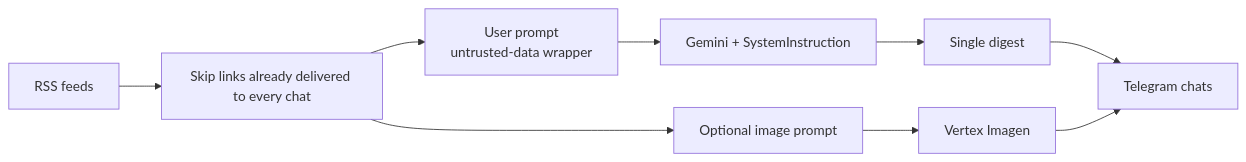
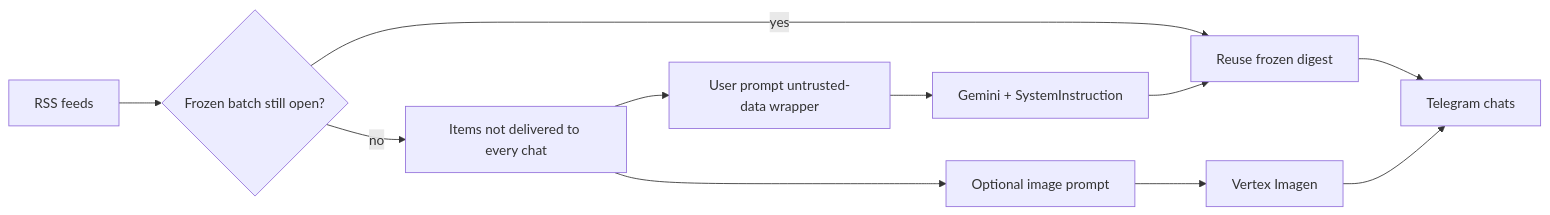
The diagram in README.md (stageNumNotX/neuro-occultist-bot-sample), drawn with Mermaid before and after one commit. The commit also changed other lines of this file and 20 other files, not shown here.

````diff
--- a/README.md
+++ b/README.md
@@ -19,11 +21,13 @@
 ```mermaid
 flowchart LR
-  RSS[RSS feeds] --> Filter[Skip links already delivered to every chat]
-  Filter --> Prompt[User prompt<br/>untrusted-data wrapper]
+  RSS[RSS feeds] --> Pending{Frozen batch still open?}
+  Pending -->|yes| Post[Reuse frozen digest]
+  Pending -->|no| Filter[Items not delivered to every chat]
+  Filter --> Prompt[User prompt untrusted-data wrapper]
   Prompt --> LLM[Gemini + SystemInstruction]
-  LLM --> Post[Single digest]
+  LLM --> Post
   Post --> TG[Telegram chats]
   Filter --> ImgPrompt[Optional image prompt]
   ImgPrompt --> Imagen[Vertex Imagen]
   Imagen --> TG
 ```
````
